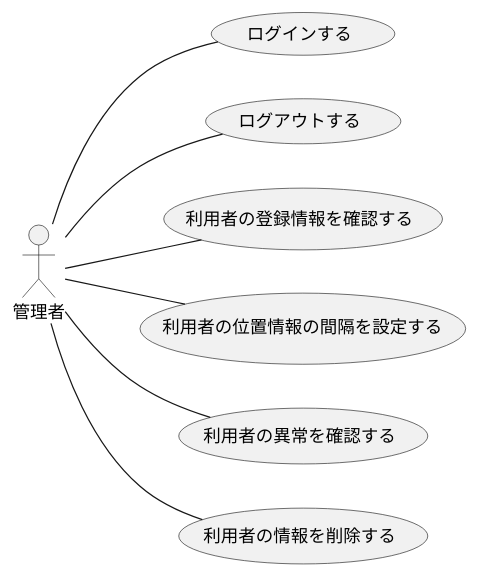
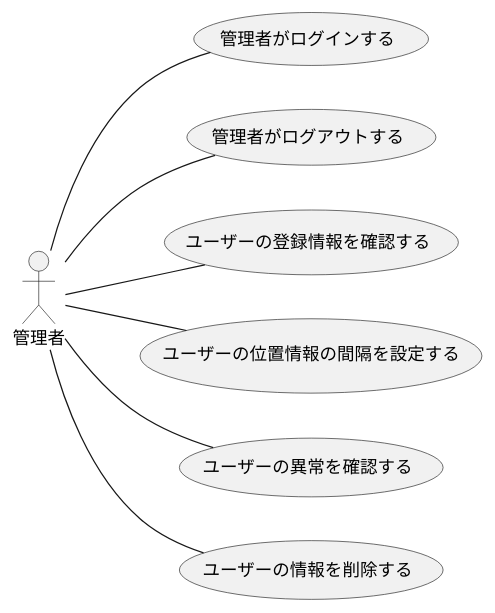
Before and after one commit to ksw2270227/GroupF: the diagram in F_usecase_admin.plantuml, drawn with PlantUML. The commit also changed 2 other files, not shown here.

```diff
--- a/F_usecase_admin.plantuml
+++ b/F_usecase_admin.plantuml
@@ -1,14 +1,14 @@
 @startuml 管理者
 left to right direction
 actor 管理者
 
-管理者 -- (ログインする)
-管理者 -- (ログアウトする)
-管理者 -- (利用者の登録情報を確認する)
-管理者 -- (利用者の位置情報の間隔を設定する)
-管理者 -- (利用者の異常を確認する)
-管理者 -- (利用者の情報を削除する)
+管理者 -- (管理者がログインする)
+管理者 -- (管理者がログアウトする)
+管理者 -- (ユーザーの登録情報を確認する)
+管理者 -- (ユーザーの位置情報の間隔を設定する)
+管理者 -- (ユーザーの異常を確認する)
+管理者 -- (ユーザーの情報を削除する)
 
 
 
 @enduml
```
